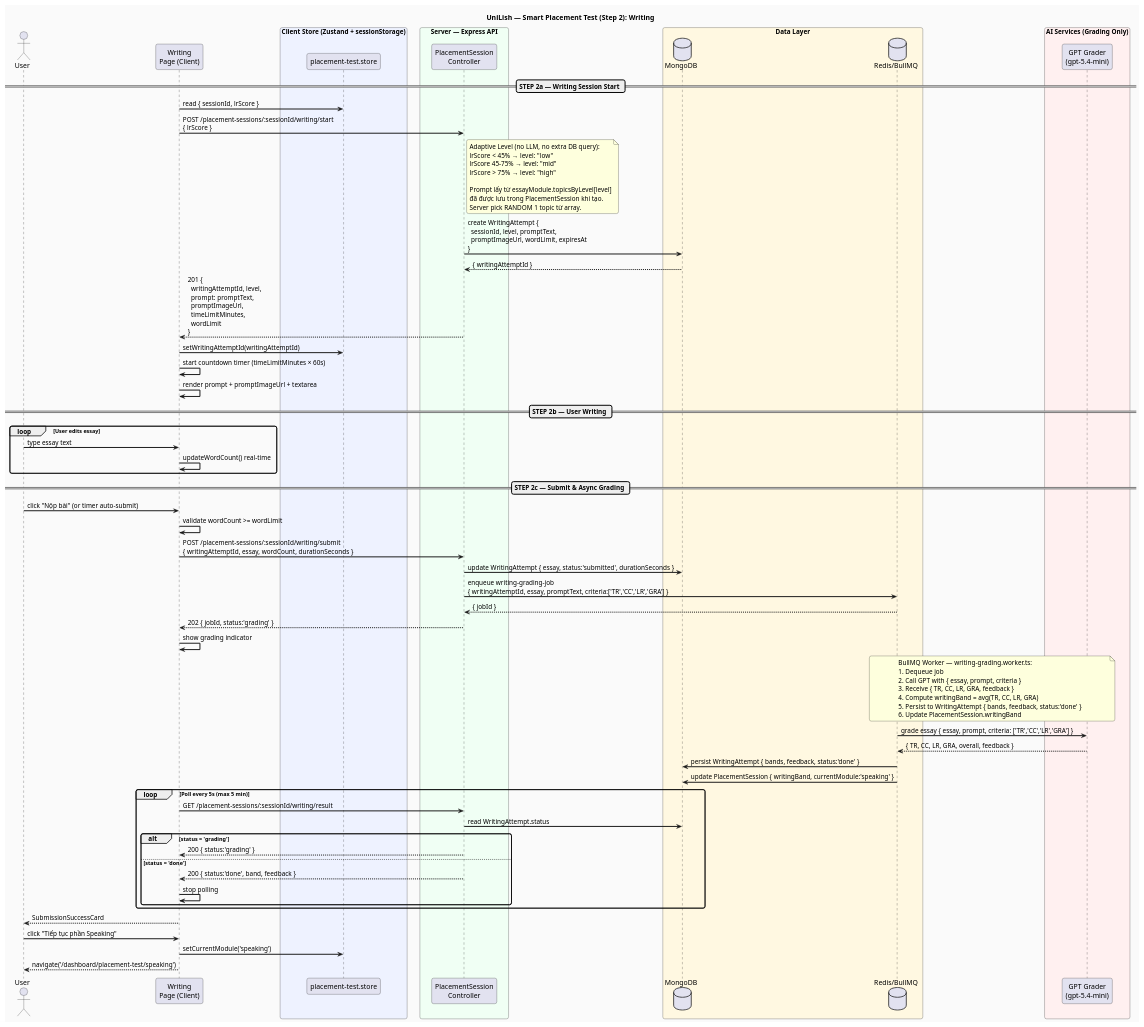
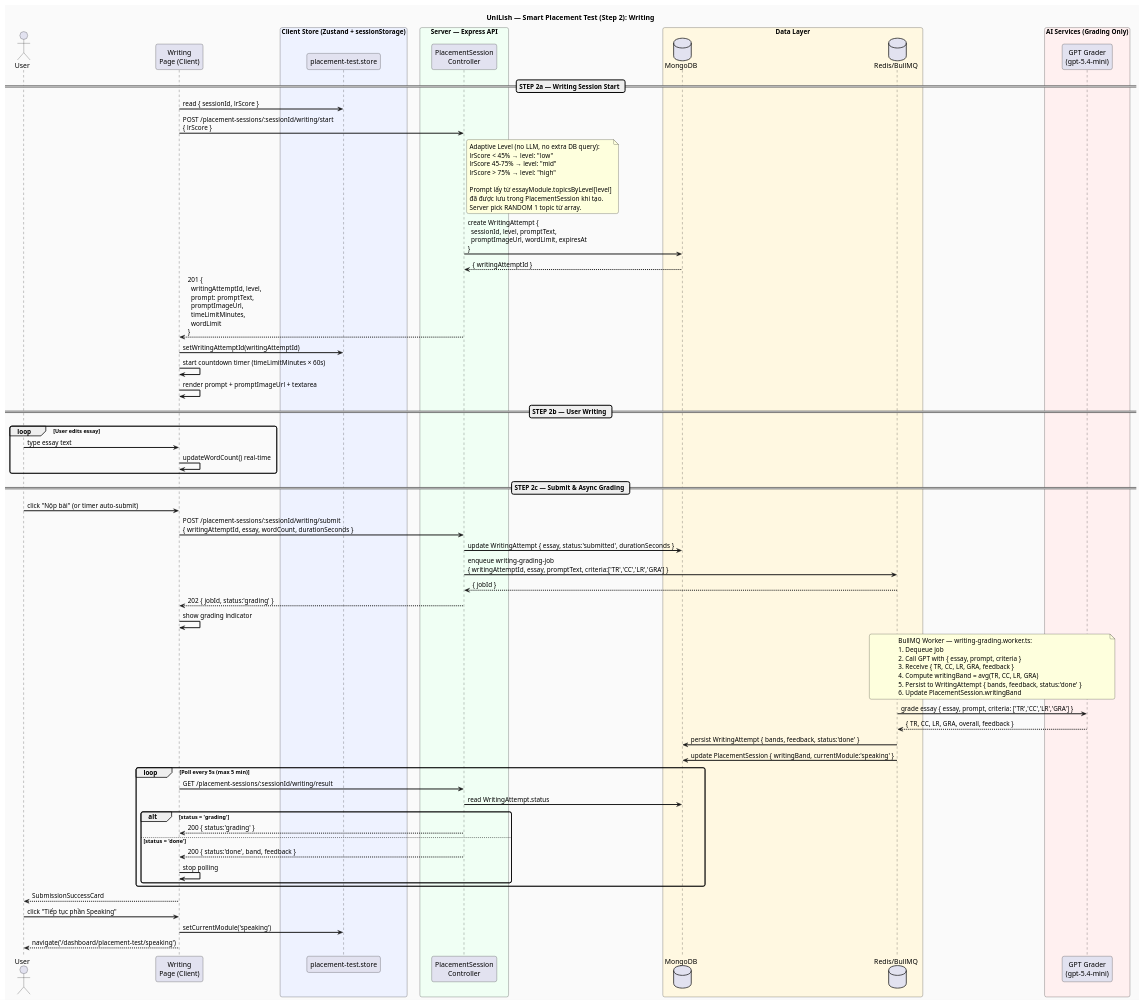
One commit to nguyen-le-huy/unilish changed the diagram in .agent/workflow/Client/PlacementTest/SequenceDiagram_Writing.puml. Above: the diagram before and after it, drawn with PlantUML. The commit also changed 15 other files, not shown here.

```diff
--- a/.agent/workflow/Client/PlacementTest/SequenceDiagram_Writing.puml
+++ b/.agent/workflow/Client/PlacementTest/SequenceDiagram_Writing.puml
@@ -1,114 +1,113 @@
 @startuml SmartPlacementTest_Writing
 skinparam backgroundColor #FAFAFA
 skinparam sequenceArrowThickness 2
 skinparam roundcorner 8
 skinparam ParticipantPadding 20
 skinparam BoxPadding 12
 
 title UniLish — Smart Placement Test (Step 2): Writing
 
 actor User
 
 participant "Writing\nPage (Client)" as Writing
 
 box "Client Store (Zustand + sessionStorage)" #EEF2FF
     participant "placement-test.store" as PTStore
 end box
 
 box "Server — Express API" #F0FFF4
     participant "PlacementSession\nController" as SessionCtrl
 end box
 
 box "Data Layer" #FFF8E1
     database "MongoDB" as Mongo
     database "Redis/BullMQ" as Redis
 end box
 
 box "AI Services (Grading Only)" #FFF0F0
     participant "GPT Grader\n(gpt-5.4-mini)" as GPT
 end box
 
 ' ══════════════════════════════════════════════════
 ' STEP 2 — WRITING SESSION START
 ' ══════════════════════════════════════════════════
 == STEP 2a — Writing Session Start ==
 
 Writing -> PTStore : read { sessionId, lrScore }
 Writing -> SessionCtrl : POST /placement-sessions/:sessionId/writing/start\n{ lrScore }
 
 note right of SessionCtrl
   Adaptive Level (no LLM, no extra DB query):
   lrScore < 45%  → level: "low"
   lrScore 45–75% → level: "mid"
   lrScore > 75%  → level: "high"
 
   Prompt lấy từ essayModule.topicsByLevel[level]
   đã được lưu trong PlacementSession khi tạo.
   Server pick RANDOM 1 topic từ array.
 end note
 
 SessionCtrl -> Mongo : create WritingAttempt {\n  sessionId, level, promptText,\n  promptImageUrl, wordLimit, expiresAt\n}
 Mongo --> SessionCtrl : { writingAttemptId }
 SessionCtrl --> Writing : 201 {\n  writingAttemptId, level,\n  prompt: promptText,\n  promptImageUrl,\n  timeLimitMinutes,\n  wordLimit\n}
 
 Writing -> PTStore : setWritingAttemptId(writingAttemptId)
 Writing -> Writing : start countdown timer (timeLimitMinutes × 60s)
 Writing -> Writing : render prompt + promptImageUrl + textarea
 
 ' ══════════════════════════════════════════════════
 ' STEP 2 — USER WRITING
 ' ══════════════════════════════════════════════════
 == STEP 2b — User Writing ==
 
 loop User edits essay
     User -> Writing : type essay text
     Writing -> Writing : updateWordCount() real-time
 end
 
 ' ══════════════════════════════════════════════════
 ' STEP 2 — SUBMIT & ASYNC GRADING
 ' ══════════════════════════════════════════════════
 == STEP 2c — Submit & Async Grading ==
 
 User -> Writing : click "Nộp bài" (or timer auto-submit)
-Writing -> Writing : validate wordCount >= wordLimit
 Writing -> SessionCtrl : POST /placement-sessions/:sessionId/writing/submit\n{ writingAttemptId, essay, wordCount, durationSeconds }
 SessionCtrl -> Mongo : update WritingAttempt { essay, status:'submitted', durationSeconds }
 SessionCtrl -> Redis : enqueue writing-grading-job\n{ writingAttemptId, essay, promptText, criteria:['TR','CC','LR','GRA'] }
 Redis --> SessionCtrl : { jobId }
 SessionCtrl --> Writing : 202 { jobId, status:'grading' }
 
 Writing -> Writing : show grading indicator
 
 note over Redis, GPT
   BullMQ Worker — writing-grading.worker.ts:
   1. Dequeue job
   2. Call GPT with { essay, prompt, criteria }
   3. Receive { TR, CC, LR, GRA, feedback }
   4. Compute writingBand = avg(TR, CC, LR, GRA)
   5. Persist to WritingAttempt { bands, feedback, status:'done' }
   6. Update PlacementSession.writingBand
 end note
 
 Redis -> GPT : grade essay { essay, prompt, criteria: ['TR','CC','LR','GRA'] }
 GPT --> Redis : { TR, CC, LR, GRA, overall, feedback }
 Redis -> Mongo : persist WritingAttempt { bands, feedback, status:'done' }
 Redis -> Mongo : update PlacementSession { writingBand, currentModule:'speaking' }
 
 loop Poll every 5s (max 5 min)
     Writing -> SessionCtrl : GET /placement-sessions/:sessionId/writing/result
     SessionCtrl -> Mongo : read WritingAttempt.status
     alt status = 'grading'
         SessionCtrl --> Writing : 200 { status:'grading' }
     else status = 'done'
         SessionCtrl --> Writing : 200 { status:'done', band, feedback }
         Writing -> Writing : stop polling
     end
 end
 
 Writing --> User : SubmissionSuccessCard
 User -> Writing : click "Tiếp tục phần Speaking"
 Writing -> PTStore : setCurrentModule('speaking')
 Writing --> User : navigate('/dashboard/placement-test/speaking')
 
 @enduml
```
